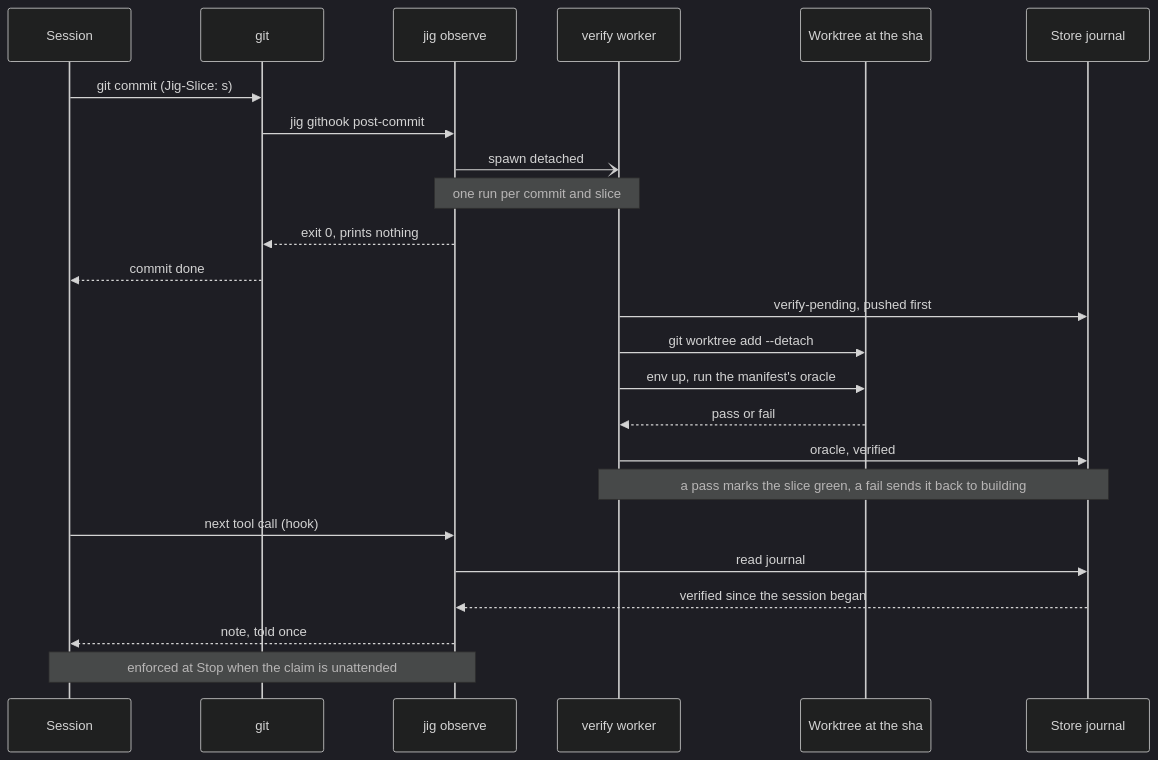
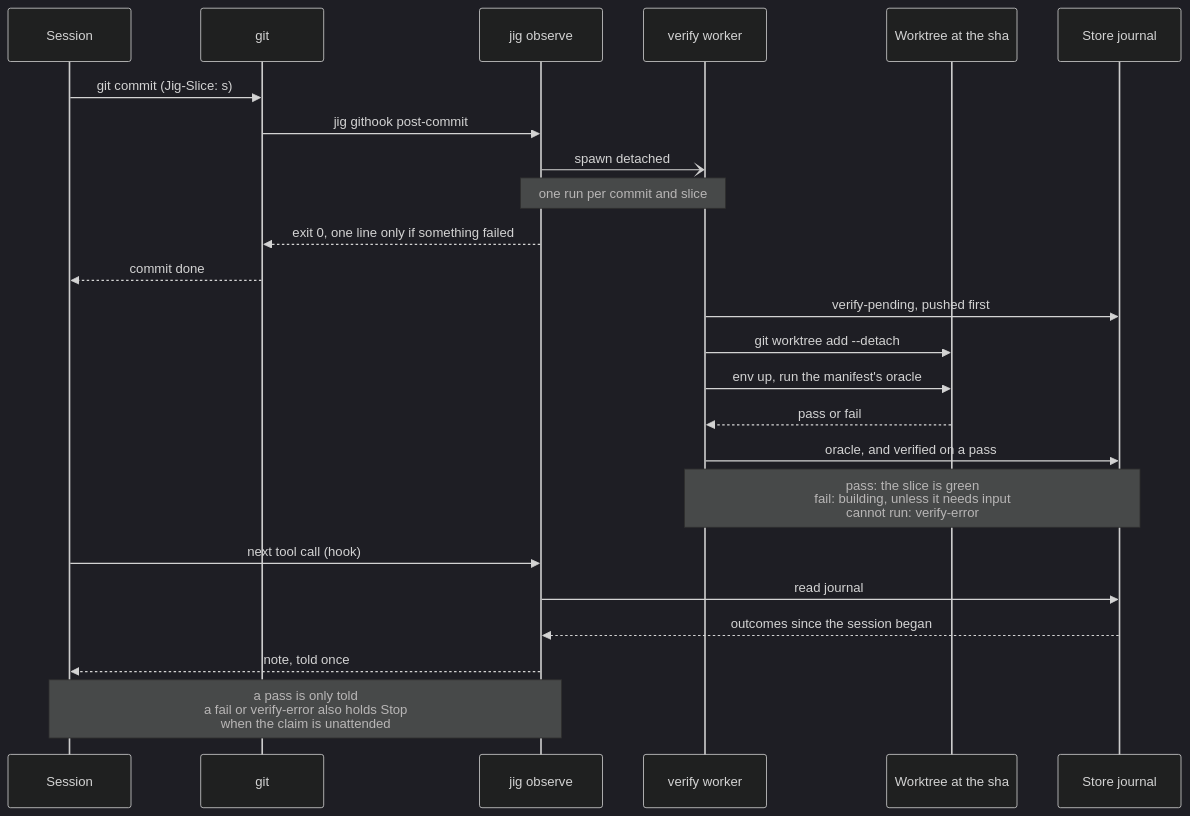
The fourth of 5 diagrams in docs/diagrams.md (develdeco/jig), drawn with Mermaid (dark theme) before and after one commit. The commit also changed other lines of this file, not shown here.

First line of the commit message:
docs: correct the diagrams against the code, per review

````diff
--- a/docs/diagrams.md
+++ b/docs/diagrams.md
@@ -216,29 +225,29 @@
 ```mermaid
 sequenceDiagram
   participant S as Session
   participant G as git
   participant O as jig observe
   participant W as verify worker
   participant T as Worktree at the sha
   participant J as Store journal
 
   S->>G: git commit (Jig-Slice: s)
   G->>O: jig githook post-commit
   O-)W: spawn detached
   Note over O,W: one run per commit and slice
-  O-->>G: exit 0, prints nothing
+  O-->>G: exit 0, one line only if something failed
   G-->>S: commit done
 
   W->>J: verify-pending, pushed first
   W->>T: git worktree add --detach
   W->>T: env up, run the manifest's oracle
   T-->>W: pass or fail
-  W->>J: oracle, verified
-  Note over W,J: a pass marks the slice green, a fail sends it back to building
+  W->>J: oracle, and verified on a pass
+  Note over W,J: pass: the slice is green<br/>fail: building, unless it needs input<br/>cannot run: verify-error
 
   S->>O: next tool call (hook)
   O->>J: read journal
-  J-->>O: verified since the session began
+  J-->>O: outcomes since the session began
   O-->>S: note, told once
-  Note over S,O: enforced at Stop when the claim is unattended
+  Note over S,O: a pass is only told<br/>a fail or verify-error also holds Stop<br/>when the claim is unattended
 ```
````
